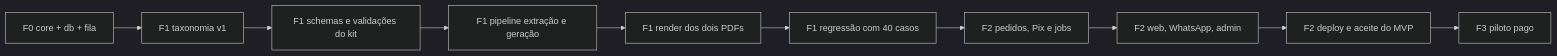
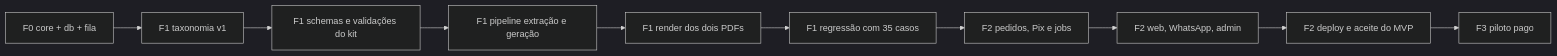
Before and after one commit to alissondevsouza/gizito-system: the diagram in docs/product/roadmap-v1.md, drawn with Mermaid (dark theme). The commit also changed other lines of this file and 5 other files, not shown here.

First line of the commit message:
docs(pedagogy): regressão da v1 com 35 casos de imagens geradas por ia, decisão do humano

````diff
--- a/docs/product/roadmap-v1.md
+++ b/docs/product/roadmap-v1.md
@@ -39,12 +39,12 @@
 ```mermaid
 flowchart LR
   A[F0 core + db + fila] --> B[F1 taxonomia v1]
   B --> C[F1 schemas e validações do kit]
   C --> D[F1 pipeline extração e geração]
   D --> E[F1 render dos dois PDFs]
-  E --> F[F1 regressão com 40 casos]
+  E --> F[F1 regressão com 35 casos]
   F --> G[F2 pedidos, Pix e jobs]
   G --> H[F2 web, WhatsApp, admin]
   H --> I[F2 deploy e aceite do MVP]
   I --> J[F3 piloto pago]
 ```
````
